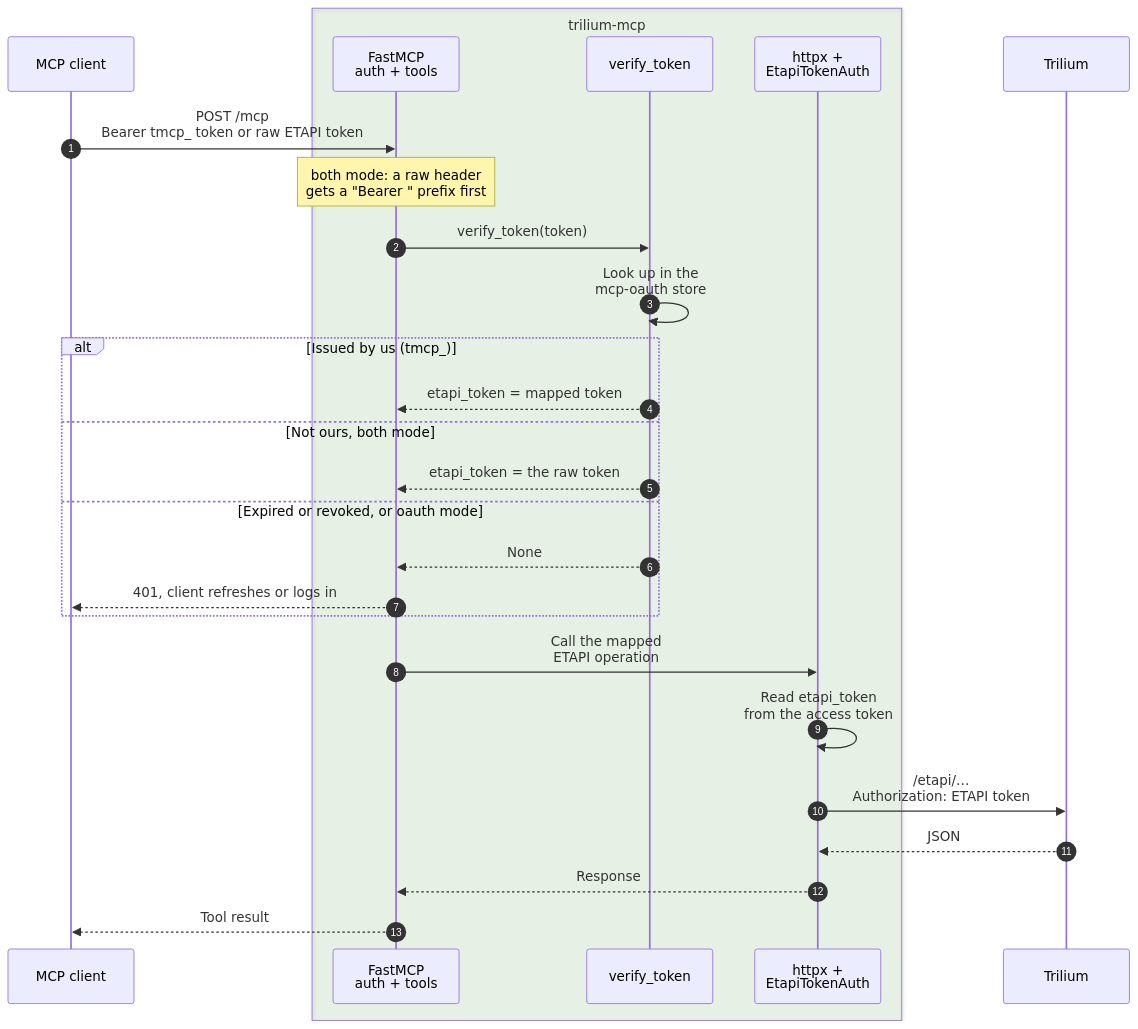
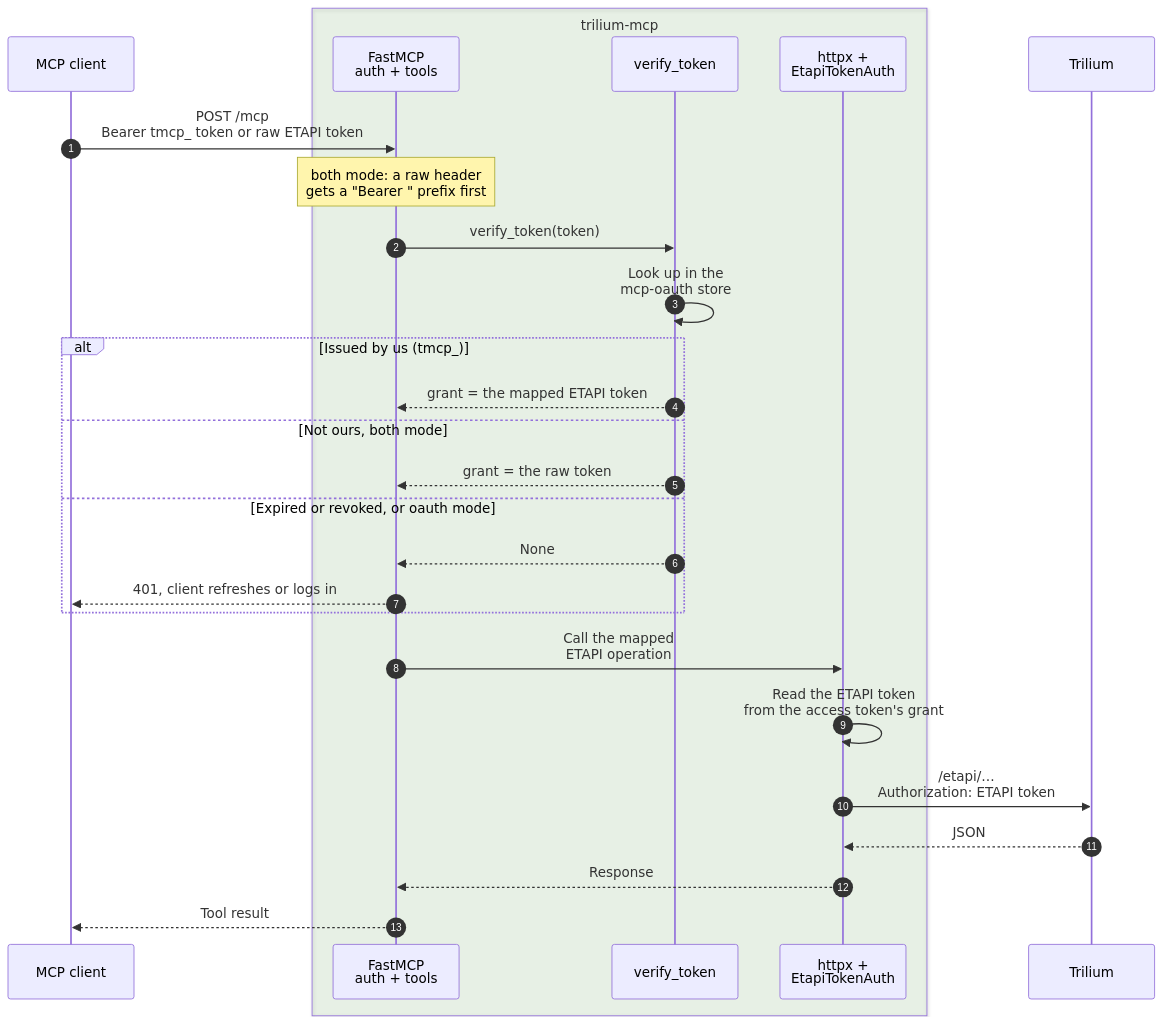
The sixth of 8 diagrams in docs/how-it-works.md (Marceltov/trilium-mcp), drawn with Mermaid before and after one commit. The commit also changed 16 other files, not shown here.

````diff
--- a/docs/how-it-works.md
+++ b/docs/how-it-works.md
@@ -141,29 +141,29 @@
     ```mermaid
     sequenceDiagram
       autonumber
       participant C as MCP client
       box rgba(76, 165, 62, 0.1) trilium-mcp
         participant F as FastMCP<br>auth + tools
         participant A as verify_token
         participant H as httpx +<br>EtapiTokenAuth
       end
       participant T as Trilium
       C->>F: POST /mcp<br>Bearer tmcp_ token or raw ETAPI token
       Note over F: both mode: a raw header<br>gets a "Bearer " prefix first
       F->>A: verify_token(token)
       A->>A: Look up in the<br>mcp-oauth store
       alt Issued by us (tmcp_)
-        A-->>F: etapi_token = mapped token
+        A-->>F: grant = the mapped ETAPI token
       else Not ours, both mode
-        A-->>F: etapi_token = the raw token
+        A-->>F: grant = the raw token
       else Expired or revoked, or oauth mode
         A-->>F: None
         F-->>C: 401, client refreshes or logs in
       end
       F->>H: Call the mapped<br>ETAPI operation
-      H->>H: Read etapi_token<br>from the access token
+      H->>H: Read the ETAPI token<br>from the access token's grant
       H->>T: /etapi/…<br>Authorization: ETAPI token
       T-->>H: JSON
       H-->>F: Response
       F-->>C: Tool result
     ```
````
